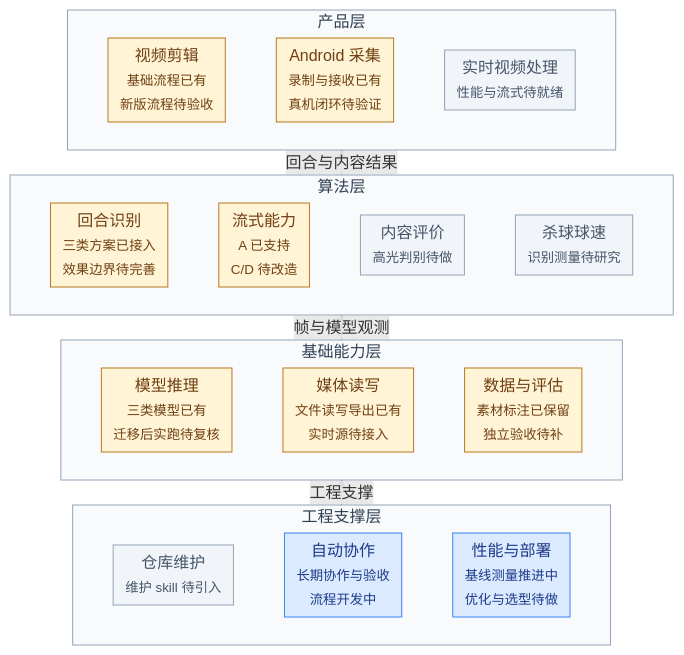
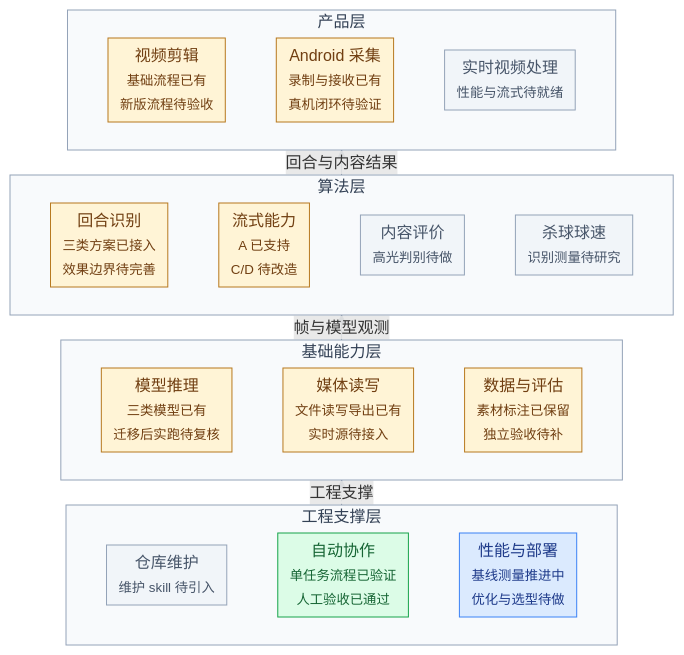
Before and after one commit to benb365/smash-suite: the first of 2 diagrams in docs/plan/roadmap.md, drawn with Mermaid. The commit also changed other lines of this file and 82 other files, not shown here.

````diff
--- a/docs/plan/roadmap.md
+++ b/docs/plan/roadmap.md
@@ -16,64 +16,66 @@
 ```mermaid
 %%{init: {"flowchart": {"useMaxWidth": true, "nodeSpacing": 10, "rankSpacing": 1, "padding": 6, "diagramPadding": 8}}}%%
 flowchart BT
   subgraph products["产品层"]
     subgraph productRow[" "]
     direction LR
     clip["视频剪辑<br/><small>基础流程已有<br/>新版流程待验收</small>"]
     capture["Android 采集<br/><small>录制与接收已有<br/>真机闭环待验证</small>"]
     live["实时视频处理<br/><small>性能与流式待就绪</small>"]
     clip ~~~ capture ~~~ live
     end
   end
 
   subgraph algorithms["算法层"]
     subgraph algorithmRow[" "]
     direction LR
     rally["回合识别<br/><small>三类方案已接入<br/>效果边界待完善</small>"]
     stream["流式能力<br/><small>A 已支持<br/>C/D 待改造</small>"]
     content["内容评价<br/><small>高光判别待做</small>"]
     speed["杀球球速<br/><small>识别测量待研究</small>"]
     rally ~~~ stream ~~~ content ~~~ speed
     end
   end
 
   subgraph foundation["基础能力层"]
     subgraph foundationRow[" "]
     direction LR
     models["模型推理<br/><small>三类模型已有<br/>迁移后实跑待复核</small>"]
     media["媒体读写<br/><small>文件读写导出已有<br/>实时源待接入</small>"]
     data["数据与评估<br/><small>素材标注已保留<br/>独立验收待补</small>"]
     models ~~~ media ~~~ data
     end
   end
 
   subgraph engineering["工程支撑层"]
     subgraph engineeringRow[" "]
     direction LR
     maintenance["仓库维护<br/><small>维护 skill 待引入</small>"]
-    workflow["自动协作<br/><small>长期协作与验收<br/>流程开发中</small>"]
+    workflow["自动协作<br/><small>单任务流程已验证<br/>人工验收已通过</small>"]
     performance["性能与部署<br/><small>基线测量推进中<br/>优化与选型待做</small>"]
     maintenance ~~~ workflow ~~~ performance
     end
   end
 
   engineering -. 工程支撑 .-> foundation
   foundation -->|帧与模型观测| algorithms
   algorithms -->|回合与内容结果| products
 
+  classDef complete fill:#dcfce7,stroke:#16a34a,color:#166534
   classDef partial fill:#fff4d6,stroke:#b7791f,color:#713f12
   classDef pending fill:#f1f5f9,stroke:#94a3b8,color:#475569
   classDef active fill:#dbeafe,stroke:#3b82f6,color:#1e3a8a
   class clip,capture,rally,stream,models,media,data partial
   class live,content,speed,maintenance pending
-  class workflow,performance active
+  class workflow complete
+  class performance active
   style products fill:#f8fafc,stroke:#94a3b8,color:#334155
   style algorithms fill:#f8fafc,stroke:#94a3b8,color:#334155
   style foundation fill:#f8fafc,stroke:#94a3b8,color:#334155
   style engineering fill:#f8fafc,stroke:#94a3b8,color:#334155
   style productRow fill:transparent,stroke:transparent
   style algorithmRow fill:transparent,stroke:transparent
   style foundationRow fill:transparent,stroke:transparent
   style engineeringRow fill:transparent,stroke:transparent
   linkStyle default stroke:#64748b
 ```
````
